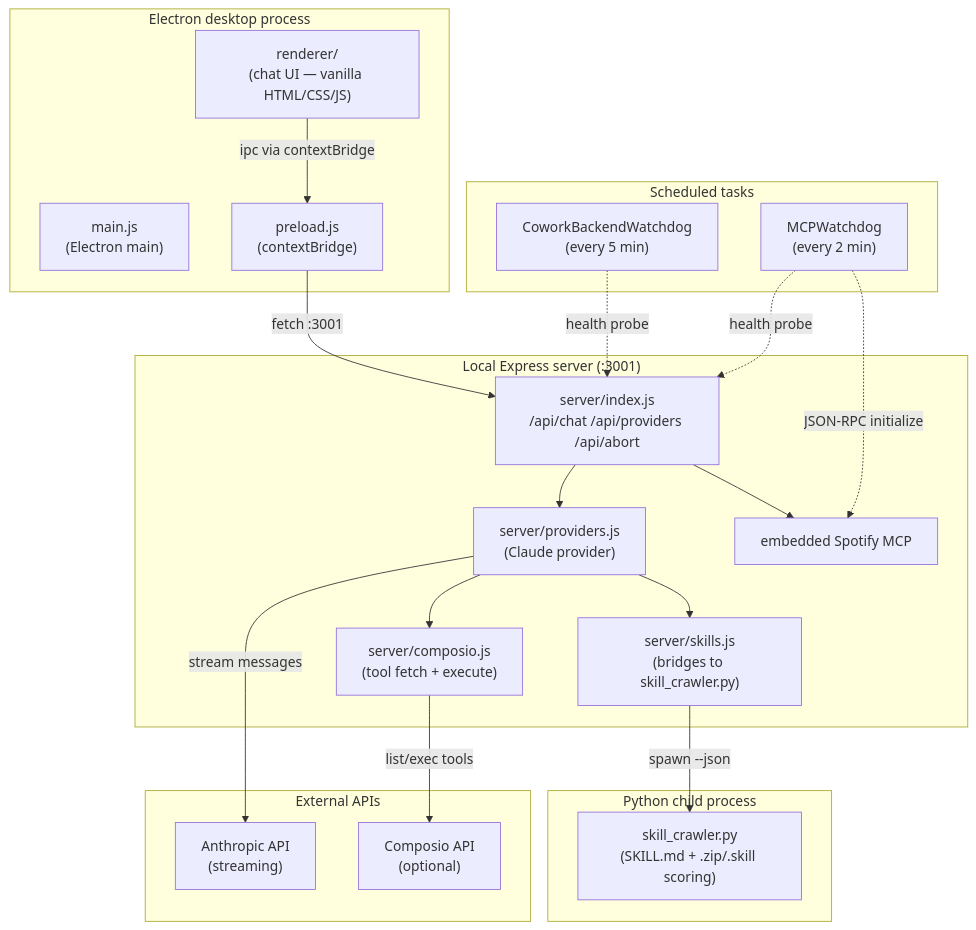
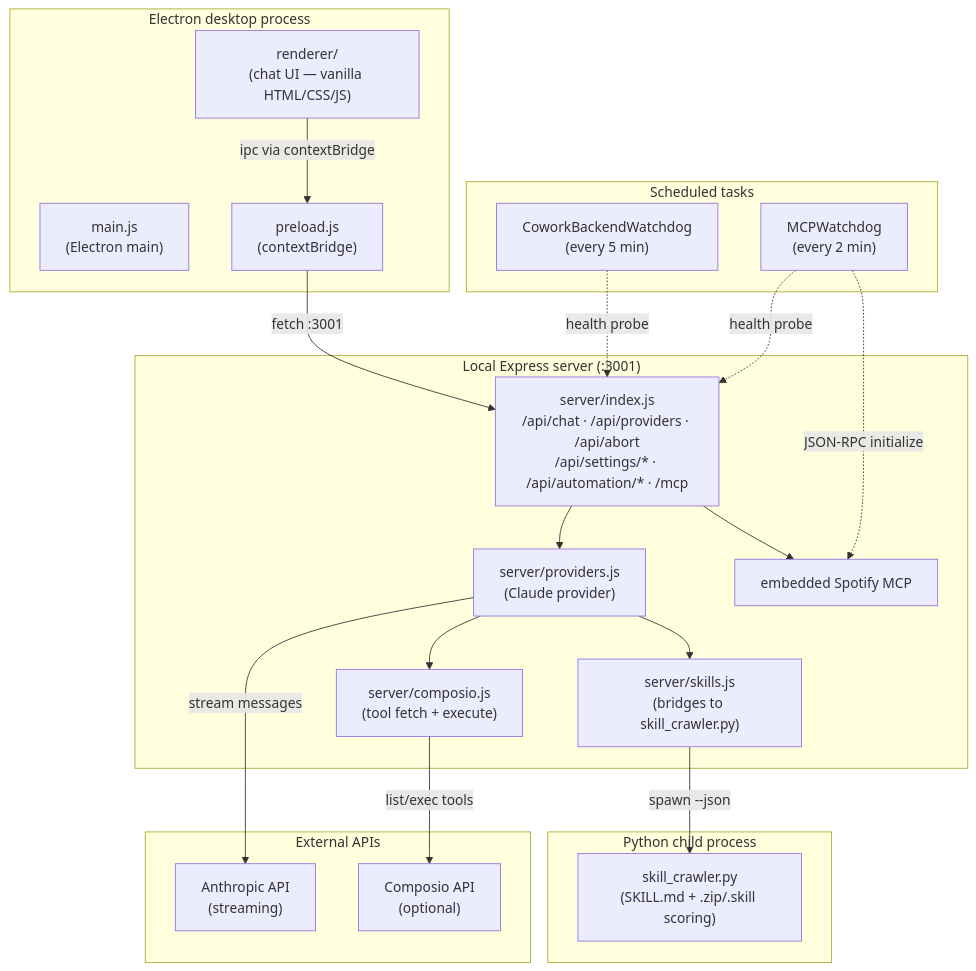
Before and after one commit to tRollNhard/1st: the first of 3 diagrams in ARCHITECTURE.md, drawn with Mermaid. The commit also changed 2 other files, not shown here.

Commit message:
docs: complete endpoint list across CHANGELOG/ARCH/SECURITY
Original doc set listed only the three chat-flow endpoints. Cowork's
server/index.js actually exposes seven /api/* routes plus the /mcp mount,
all of which are inside the security boundary:

  /api/chat (POST)               — streamed chat
  /api/abort (POST)              — cancel in-flight stream
  /api/providers (GET)           — provider health
  /api/settings/status (GET)     — read key state from .env
  /api/settings/keys (POST)      — WRITE keys back to .env
  /api/automation/status (GET)   — automation pipeline state
  /api/automation/start|stop|configure (POST)
  /mcp (mounted)                 — embedded Spotify MCP router

The settings POST is especially worth flagging since it writes secrets
to .env — a security reviewer needs to know it exists. Caught during
self-review of the doc set commits before push.

````diff
--- a/ARCHITECTURE.md
+++ b/ARCHITECTURE.md
@@ -10,43 +10,43 @@
 ```mermaid
 graph TB
   subgraph Desktop["Electron desktop process"]
     Main["main.js<br/>(Electron main)"]
     Preload["preload.js<br/>(contextBridge)"]
     Renderer["renderer/<br/>(chat UI — vanilla HTML/CSS/JS)"]
   end
 
   subgraph Backend["Local Express server (:3001)"]
-    Index["server/index.js<br/>/api/chat /api/providers /api/abort"]
+    Index["server/index.js<br/>/api/chat · /api/providers · /api/abort<br/>/api/settings/* · /api/automation/* · /mcp"]
     Providers["server/providers.js<br/>(Claude provider)"]
     Composio["server/composio.js<br/>(tool fetch + execute)"]
     Skills["server/skills.js<br/>(bridges to skill_crawler.py)"]
     SpotifyMcp["embedded Spotify MCP"]
   end
 
   subgraph Python["Python child process"]
     Crawler["skill_crawler.py<br/>(SKILL.md + .zip/.skill scoring)"]
   end
 
   subgraph External["External APIs"]
     Anthropic["Anthropic API<br/>(streaming)"]
     ComposioAPI["Composio API<br/>(optional)"]
   end
 
   subgraph Watchdogs["Scheduled tasks"]
     Cowork["CoworkBackendWatchdog<br/>(every 5 min)"]
     Mcp["MCPWatchdog<br/>(every 2 min)"]
   end
 
   Renderer -- "ipc via contextBridge" --> Preload
   Preload -- "fetch :3001" --> Index
   Index --> Providers
   Index --> SpotifyMcp
   Providers --> Composio
   Providers --> Skills
   Skills -- "spawn --json" --> Crawler
   Providers -- "stream messages" --> Anthropic
   Composio -- "list/exec tools" --> ComposioAPI
   Cowork -. "health probe" .-> Index
   Mcp -. "health probe" .-> Index
   Mcp -. "JSON-RPC initialize" .-> SpotifyMcp
 ```
````
